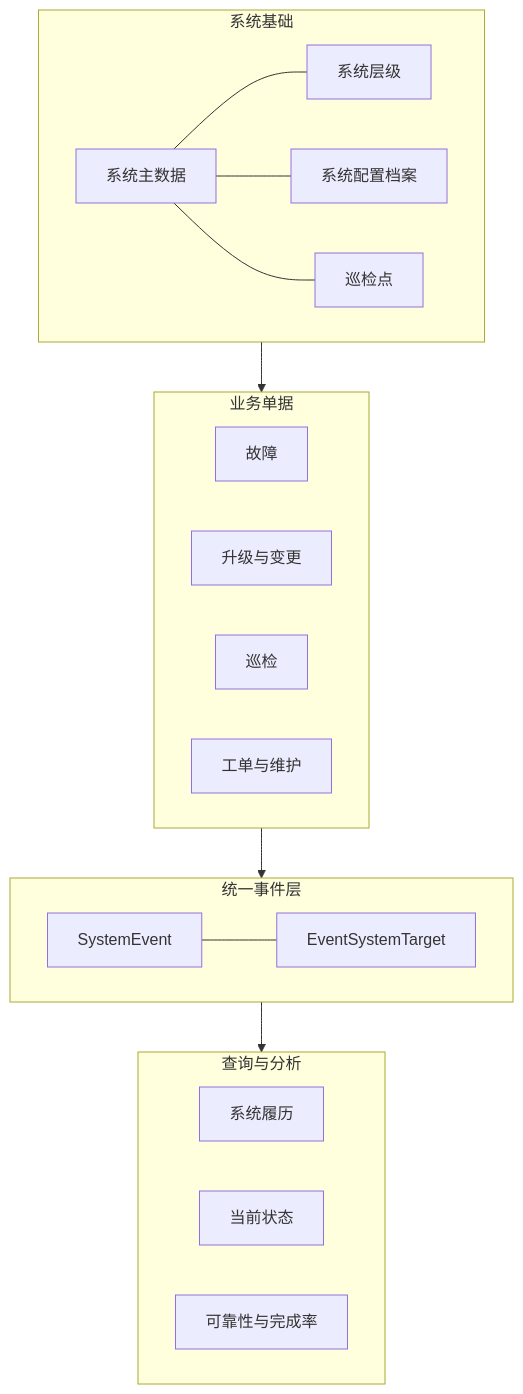
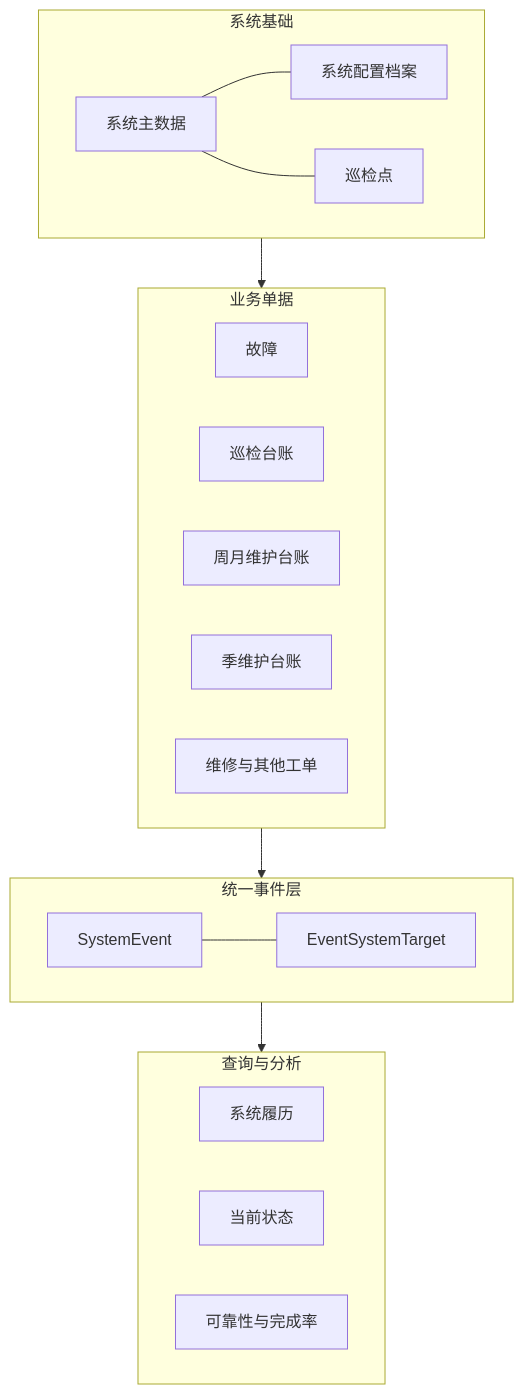
One commit to dk7n8tgb54-coder/TDYW changed the diagram in spug-3.0/设备与系统全生命周期管理总体方案_v2.0.md. Above: the diagram before and after it, drawn with Mermaid. The commit also changed other lines of this file and 4 other files, not shown here.

````diff
--- a/spug-3.0/设备与系统全生命周期管理总体方案_v2.0.md
+++ b/spug-3.0/设备与系统全生命周期管理总体方案_v2.0.md
@@ -109,35 +114,34 @@
 ```mermaid
 flowchart TB
     subgraph Master[系统基础]
         S[系统主数据]
-        H[系统层级]
         B[系统配置档案]
         P[巡检点]
-        S --- H
         S --- B
         S --- P
     end
 
     subgraph Business[业务单据]
         F[故障]
-        U[升级与变更]
-        I[巡检]
-        W[工单与维护]
+        I[巡检台账]
+        M[周月维护台账]
+        Q[季维护台账]
+        W[维修与其他工单]
     end
 
     subgraph Event[统一事件层]
         E[SystemEvent]
         T[EventSystemTarget]
         E --- T
     end
 
     subgraph View[查询与分析]
         R[系统履历]
         C[当前状态]
-        Q[可靠性与完成率]
+        A[可靠性与完成率]
     end
 
     Master --> Business
     Business --> Event
     Event --> View
 ```
````
